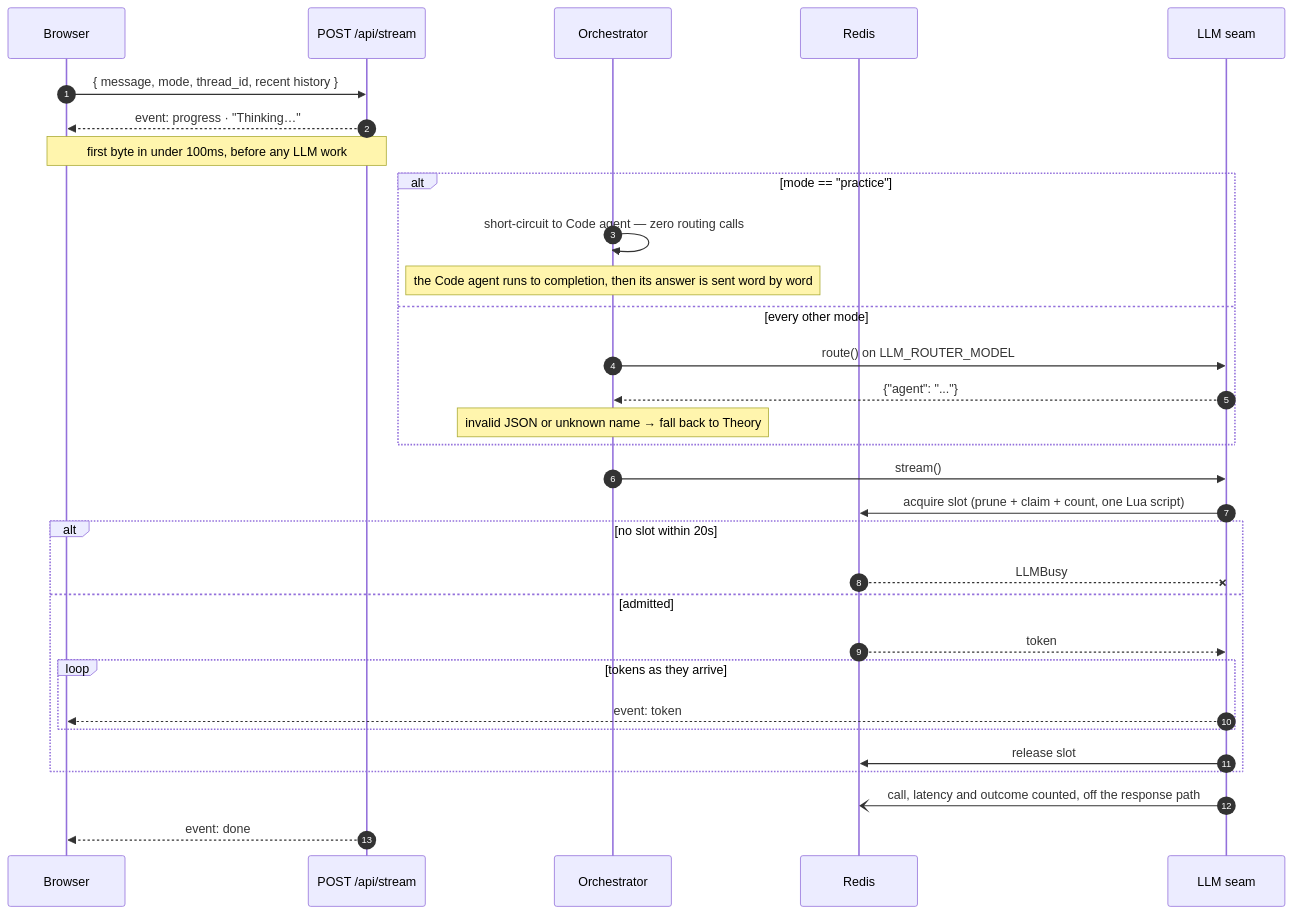
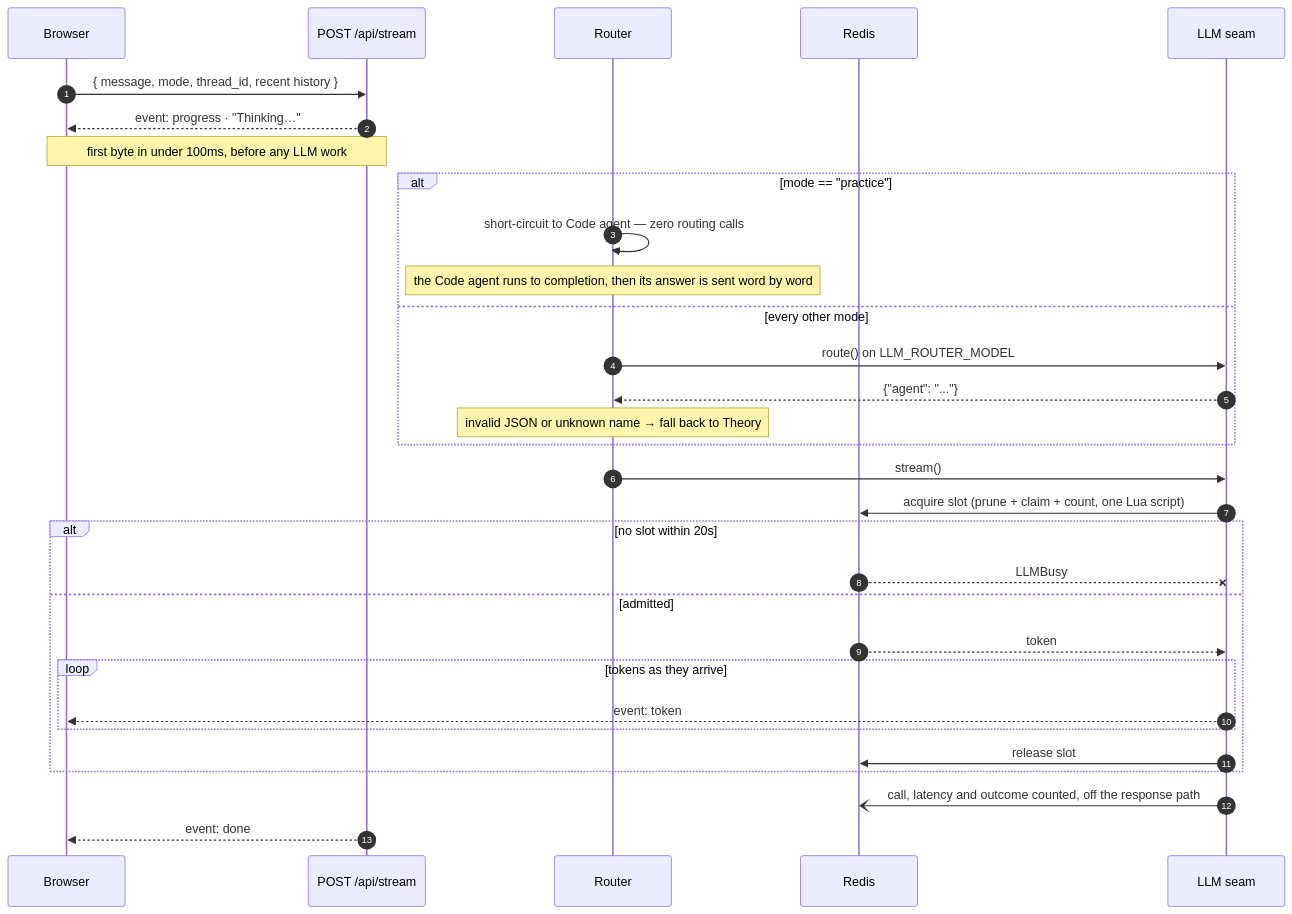
The second of 3 diagrams in README.md (asfandyar-prog/quantummind), drawn with Mermaid before and after one commit. The commit also changed other lines of this file, not shown here.

First line of the commit message:
docs: describe QuantumMind as a router plus workflows and list its real gaps

````diff
--- a/README.md
+++ b/README.md
@@ -144,36 +156,36 @@
 ```mermaid
 sequenceDiagram
     autonumber
     participant B as Browser
     participant R as POST /api/stream
-    participant O as Orchestrator
+    participant O as Router
     participant Z as Redis
     participant L as LLM seam
 
     B->>R: { message, mode, thread_id, recent history }
     R-->>B: event: progress · "Thinking…"
     Note over R,B: first byte in under 100ms, before any LLM work
 
     alt mode == "practice"
         O->>O: short-circuit to Code agent — zero routing calls
         Note over O: the Code agent runs to completion, then its answer is sent word by word
     else every other mode
         O->>L: route() on LLM_ROUTER_MODEL
         L-->>O: {"agent": "..."}
         Note over O: invalid JSON or unknown name → fall back to Theory
     end
 
     O->>L: stream()
     L->>Z: acquire slot (prune + claim + count, one Lua script)
     alt no slot within 20s
         Z--xL: LLMBusy
     else admitted
         Z-->>L: token
         loop tokens as they arrive
             L-->>B: event: token
         end
         L->>Z: release slot
     end
     L-)Z: call, latency and outcome counted, off the response path
     R-->>B: event: done
 ```
````
